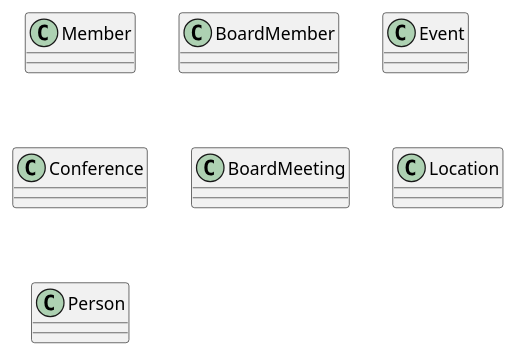
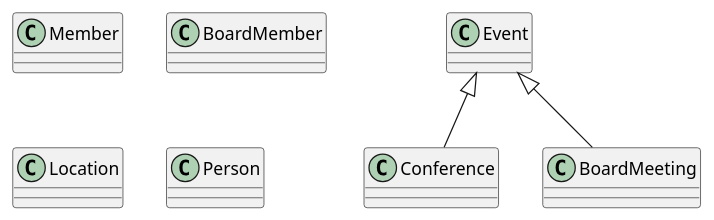
The diagram in src/Práctica_CarlosBlascoEspada.puml (kande0/UMLClasesCarlosBlascoEspada), drawn with PlantUML before and after one commit. The commit also changed 3 other files, not shown here.

```diff
--- a/src/Práctica_CarlosBlascoEspada.puml
+++ b/src/Práctica_CarlosBlascoEspada.puml
@@ -1,22 +1,26 @@
 @startuml
 class Member{
 }
 
 class BoardMember {
 }
 
 class Event {
 }
 
 class Conference {
 }
 
 class BoardMeeting {
 }
 
 class Location {
 }
 
 class Person {
 }
+
+Event <|-- Conference
+Event <|-- BoardMeeting
+
 @enduml
```
